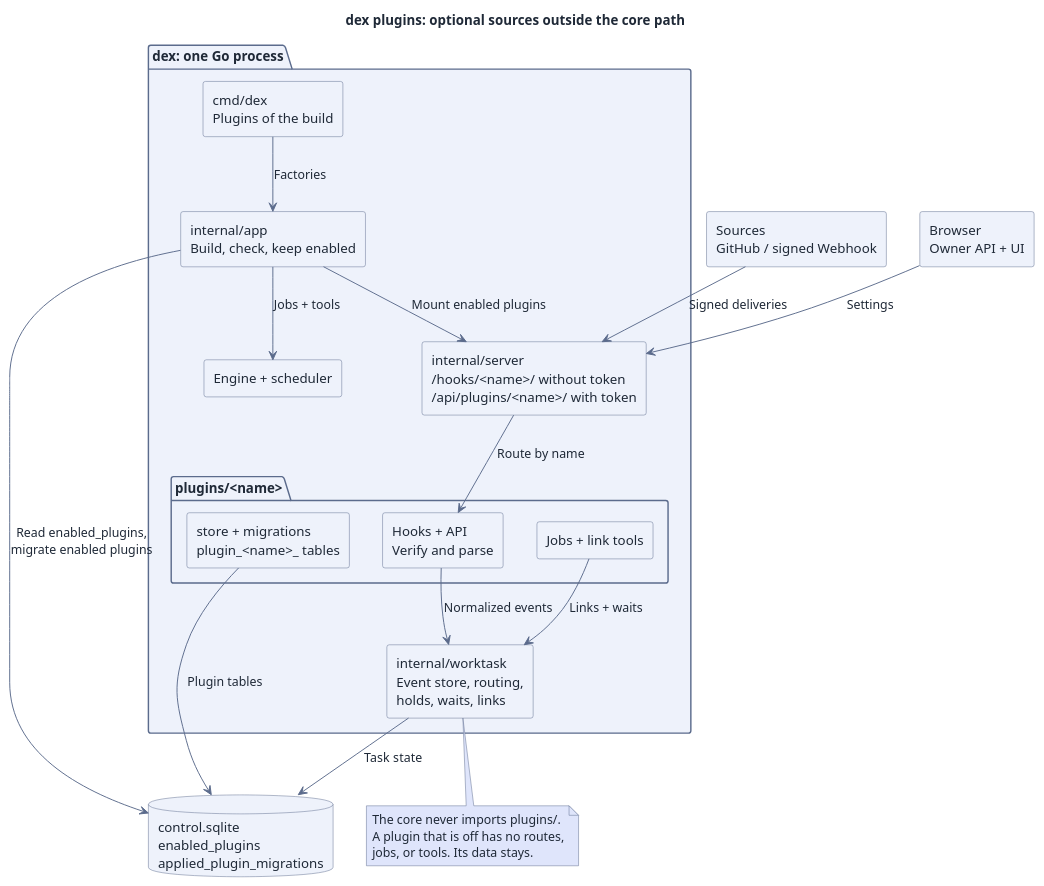
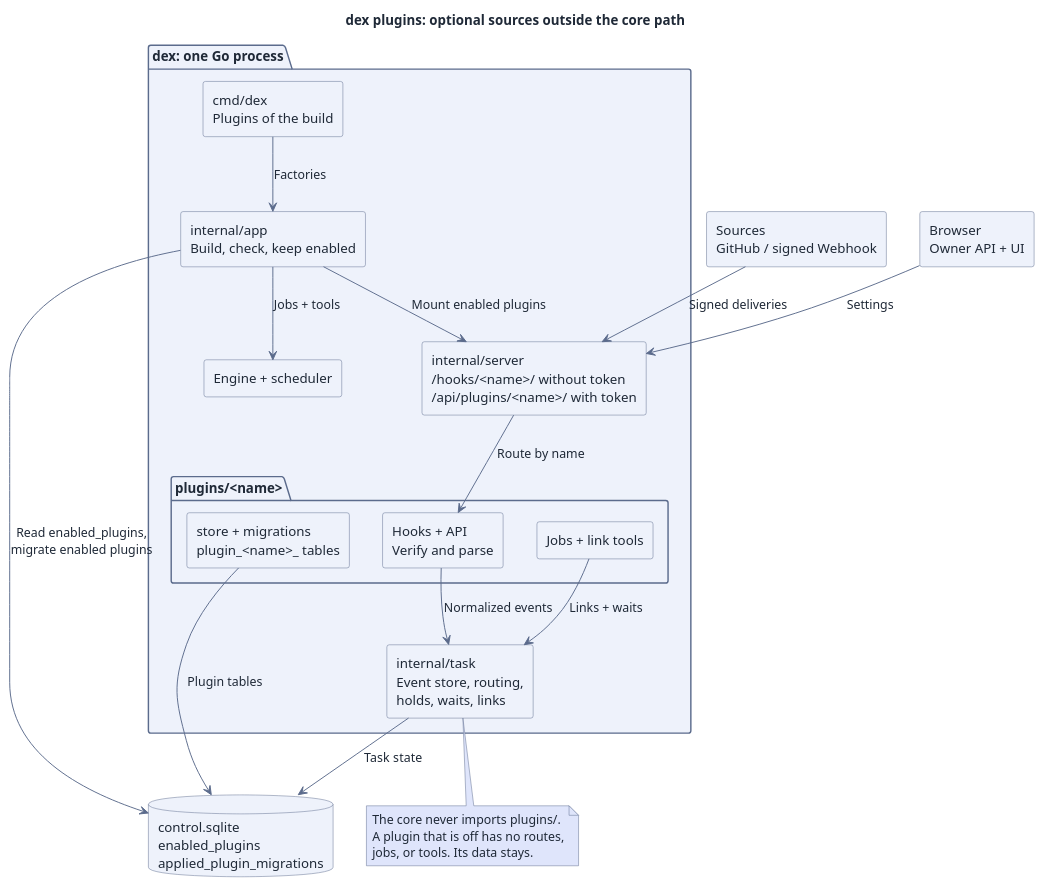
One commit to recally-io/dex changed the diagram in docs/assets/src/plugins.puml. Above: the diagram before and after it, drawn with PlantUML. The commit also changed 246 other files, not shown here.

```diff
--- a/docs/assets/src/plugins.puml
+++ b/docs/assets/src/plugins.puml
@@ -1,85 +1,85 @@
 @startuml
 skinparam RectangleBackgroundColor #eef2fb
 skinparam RectangleBorderColor #5b6b8c
 skinparam RectangleFontColor #1f2937
 skinparam ComponentBackgroundColor #eef2fb
 skinparam ComponentBorderColor #5b6b8c
 skinparam ComponentFontColor #1f2937
 skinparam ClassBackgroundColor #eef2fb
 skinparam ClassBorderColor #5b6b8c
 skinparam ClassFontColor #1f2937
 skinparam UsecaseBackgroundColor #eef2fb
 skinparam UsecaseBorderColor #5b6b8c
 skinparam UsecaseFontColor #1f2937
 skinparam DatabaseBackgroundColor #eef2fb
 skinparam DatabaseBorderColor #5b6b8c
 skinparam DatabaseFontColor #1f2937
 skinparam NodeBackgroundColor #eef2fb
 skinparam NodeBorderColor #5b6b8c
 skinparam NodeFontColor #1f2937
 skinparam ActorBackgroundColor #eef2fb
 skinparam ActorBorderColor #5b6b8c
 skinparam ActorFontColor #1f2937
 skinparam StateBackgroundColor #eef2fb
 skinparam StateBorderColor #5b6b8c
 skinparam StateFontColor #1f2937
 skinparam ArtifactBackgroundColor #eef2fb
 skinparam ArtifactBorderColor #5b6b8c
 skinparam ArtifactFontColor #1f2937
 skinparam CloudBackgroundColor #eef2fb
 skinparam CloudBorderColor #5b6b8c
 skinparam CloudFontColor #1f2937
 skinparam FolderBackgroundColor #eef2fb
 skinparam FolderBorderColor #5b6b8c
 skinparam FolderFontColor #1f2937
 skinparam PackageBackgroundColor #eef2fb
 skinparam PackageBorderColor #5b6b8c
 skinparam DefaultFontColor #1f2937
 skinparam ArrowColor #5b6b8c
 skinparam ArrowFontColor #1f2937
 skinparam NoteBackgroundColor #dfe5fb
 skinparam NoteBorderColor #5b6b8c
 skinparam NoteFontColor #1f2937
 skinparam stereotypeABackgroundColor #d9e3f4
 skinparam stereotypeABorderColor #5b6b8c
 skinparam stereotypeCBackgroundColor #d9e3f4
 skinparam stereotypeCBorderColor #5b6b8c
 skinparam stereotypeEBackgroundColor #d9e3f4
 skinparam stereotypeEBorderColor #5b6b8c
 skinparam stereotypeIBackgroundColor #d9e3f4
 skinparam stereotypeIBorderColor #5b6b8c
 skinparam BackgroundColor #ffffff
 title dex plugins: optional sources outside the core path
 top to bottom direction
 rectangle "Sources\nGitHub / signed Webhook" as sources
 rectangle "Browser\nOwner API + UI" as browser
 package "dex: one Go process" as runtime {
   rectangle "cmd/dex\nPlugins of the build" as cmd
   rectangle "internal/app\nBuild, check, keep enabled" as app
   rectangle "internal/server\n/hooks/<name>/ without token\n/api/plugins/<name>/ with token" as server
   package "plugins/<name>" as plugin {
     rectangle "Hooks + API\nVerify and parse" as handlers
     rectangle "Jobs + link tools" as extras
     rectangle "store + migrations\nplugin_<name>_ tables" as pstore
   }
-  rectangle "internal/worktask\nEvent store, routing,\nholds, waits, links" as worktask
+  rectangle "internal/task\nEvent store, routing,\nholds, waits, links" as taskstore
   rectangle "Engine + scheduler" as core
 }
 database "control.sqlite\nenabled_plugins\napplied_plugin_migrations" as cdb
 cmd --> app : Factories
 app --> cdb : Read enabled_plugins,\nmigrate enabled plugins
 app --> server : Mount enabled plugins
 app --> core : Jobs + tools
 sources --> server : Signed deliveries
 browser --> server : Settings
 server --> handlers : Route by name
-handlers --> worktask : Normalized events
-extras --> worktask : Links + waits
+handlers --> taskstore : Normalized events
+extras --> taskstore : Links + waits
 pstore --> cdb : Plugin tables
-worktask --> cdb : Task state
-note bottom of worktask
+taskstore --> cdb : Task state
+note bottom of taskstore
   The core never imports plugins/.
   A plugin that is off has no routes,
   jobs, or tools. Its data stays.
 end note
 @enduml
```
